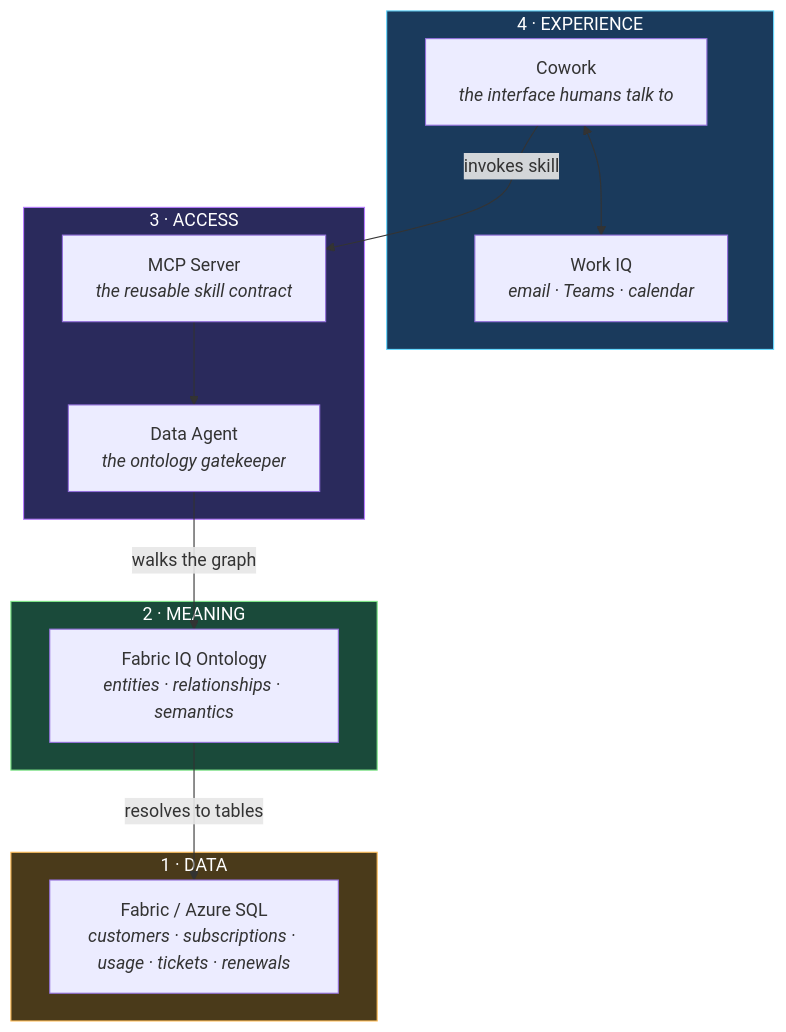
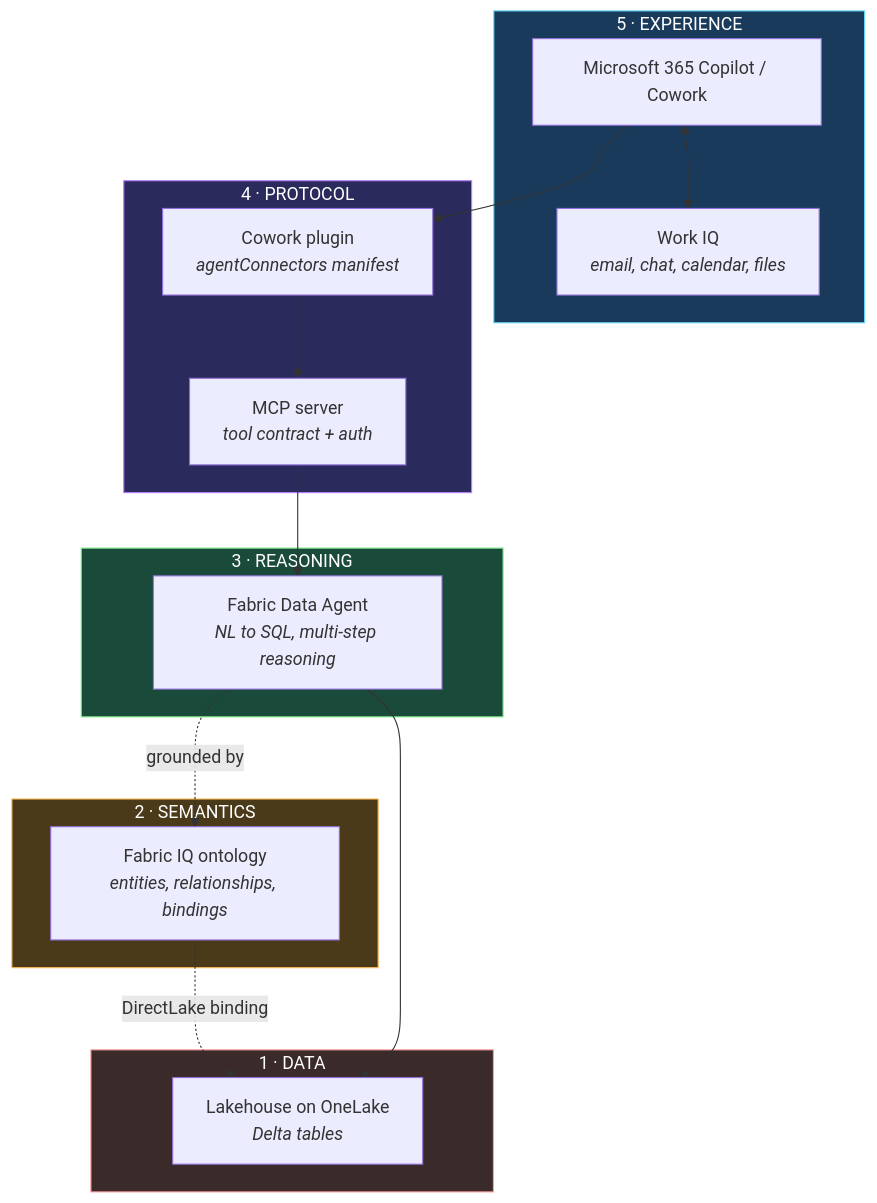
Before and after one commit to aljannuzzi/fabric-cowork-ontology-demo: the first of 3 diagrams in README.md, drawn with Mermaid. The commit also changed other lines of this file and 50 other files, not shown here.

First line of the commit message:
Restructure as ontology-grounded agent pattern reference

````diff
--- a/README.md
+++ b/README.md
@@ -94,28 +62,34 @@
 ```mermaid
 flowchart TB
-    subgraph L4["4 · EXPERIENCE"]
-        CW["Cowork<br/><i>the interface humans talk to</i>"]
-        WIQ["Work IQ<br/><i>email · Teams · calendar</i>"]
+    subgraph L5["5 · EXPERIENCE"]
+        CW["Microsoft 365 Copilot / Cowork"]
+        WIQ["Work IQ<br/><i>email, chat, calendar, files</i>"]
     end
-    subgraph L3["3 · ACCESS"]
-        MCP["MCP Server<br/><i>the reusable skill contract</i>"]
-        DA["Data Agent<br/><i>the ontology gatekeeper</i>"]
+    subgraph L4["4 · PROTOCOL"]
+        PLUG["Cowork plugin<br/><i>agentConnectors manifest</i>"]
+        MCP["MCP server<br/><i>tool contract + auth</i>"]
     end
-    subgraph L2["2 · MEANING"]
-        ONT["Fabric IQ Ontology<br/><i>entities · relationships · semantics</i>"]
+    subgraph L3["3 · REASONING"]
+        DA["Fabric Data Agent<br/><i>NL to SQL, multi-step reasoning</i>"]
+    end
+    subgraph L2["2 · SEMANTICS"]
+        ONT["Fabric IQ ontology<br/><i>entities, relationships, bindings</i>"]
     end
     subgraph L1["1 · DATA"]
-        SQL["Fabric / Azure SQL<br/><i>customers · subscriptions · usage · tickets · renewals</i>"]
+        LH["Lakehouse on OneLake<br/><i>Delta tables</i>"]
     end
 
     CW <--> WIQ
-    CW -->|"invokes skill"| MCP
+    CW --> PLUG
+    PLUG --> MCP
     MCP --> DA
-    DA -->|"walks the graph"| ONT
-    ONT -->|"resolves to tables"| SQL
+    DA -. grounded by .-> ONT
+    ONT -. DirectLake binding .-> LH
+    DA --> LH
 
-    style L4 fill:#1a3a5c,stroke:#66d9ff,color:#fff
-    style L3 fill:#2a2a5c,stroke:#b77cff,color:#fff
-    style L2 fill:#1a4a3a,stroke:#7ee787,color:#fff
-    style L1 fill:#4a3a1a,stroke:#ffbd59,color:#fff
+    style L5 fill:#1a3a5c,stroke:#66d9ff,color:#fff
+    style L4 fill:#2a2a5c,stroke:#b77cff,color:#fff
+    style L3 fill:#1a4a3a,stroke:#7ee787,color:#fff
+    style L2 fill:#4a3a1a,stroke:#ffbd59,color:#fff
+    style L1 fill:#3a2a2a,stroke:#ff9d9d,color:#fff
 ```
````
